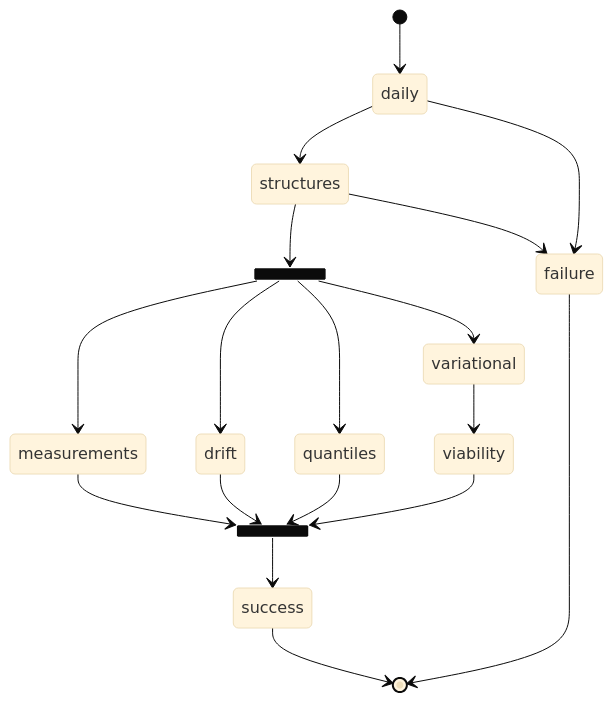
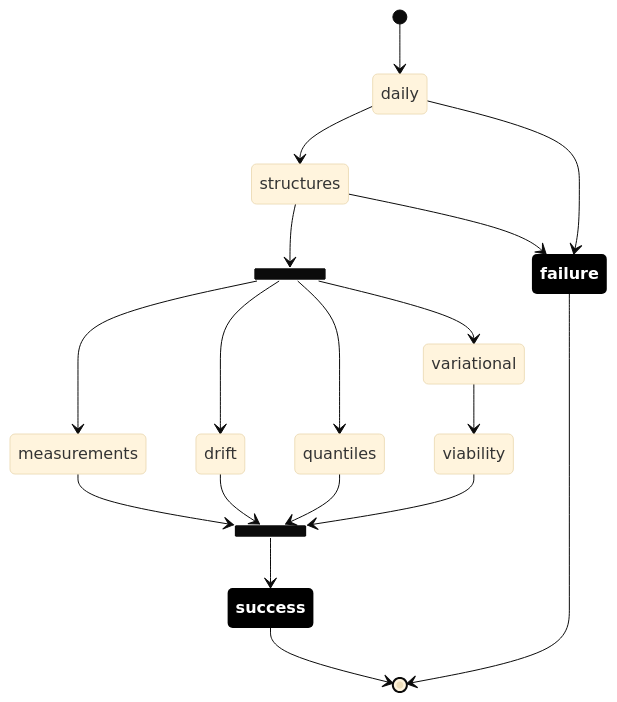
The diagram in profile/README.md (repatterning/.github), drawn with Mermaid (base theme) before and after one commit.

````diff
--- a/profile/README.md
+++ b/profile/README.md
@@ -7,25 +7,30 @@
 ```mermaid
 stateDiagram-v2
     state director <<fork>>
+
+      classDef SNS fill:#000,color:white,font-weight:bold,stroke-width:0
+      class success SNS
+      class failure SNS   
+
       [*] --> daily
       daily --> structures
       structures --> director
       director --> measurements
       director --> drift
       director --> quantiles
       director --> variational
       variational --> viability
 
       state integrator <<join>>
       measurements --> integrator
       drift --> integrator
       quantiles --> integrator
       viability --> integrator
       integrator --> success
       
       daily --> failure
       structures --> failure
 
       success --> [*]
       failure --> [*]
 ```
````
